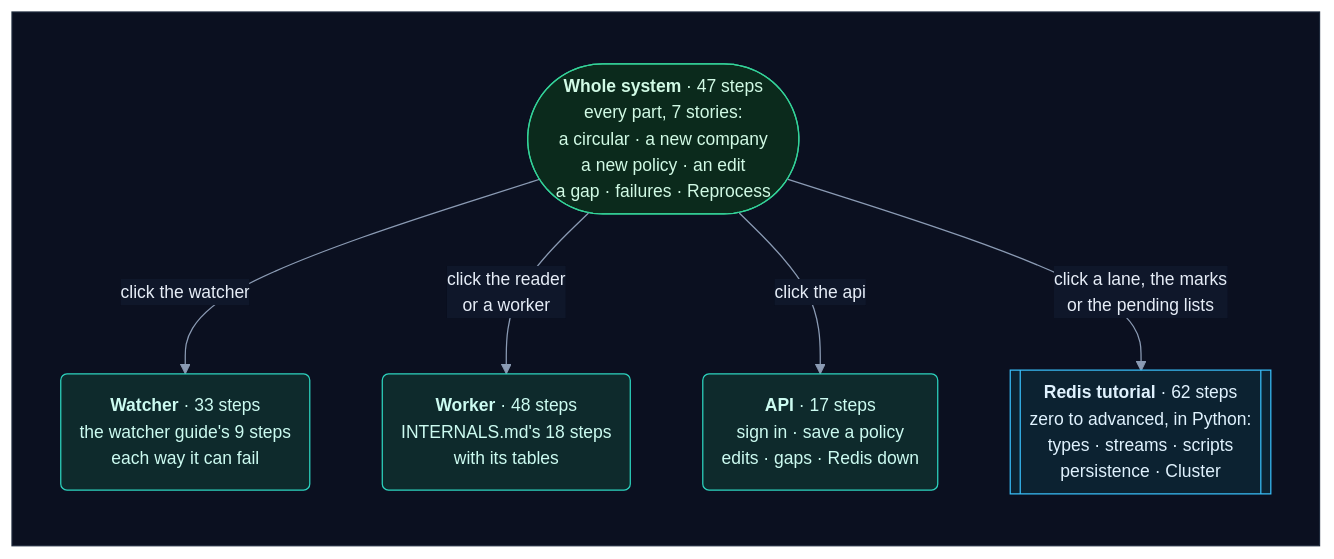
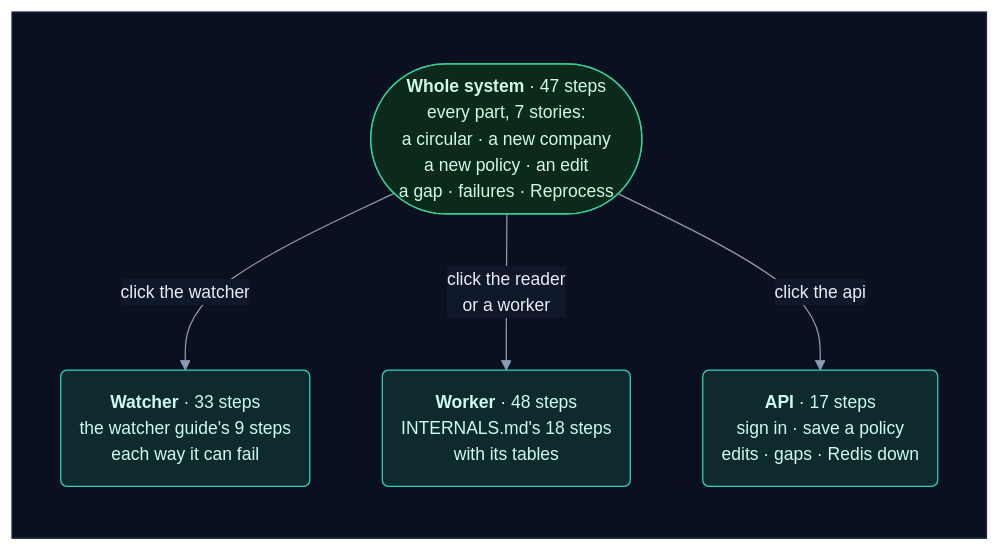
Before and after one commit to selvakumarperumal/Regulatory_Circular_Impact_Agent: diagram 47 of 57 in how_it_works.md, drawn with Mermaid. The commit also changed other lines of this file and 10 other files, not shown here.

````diff
--- a/how_it_works.md
+++ b/how_it_works.md
@@ -2409,19 +2409,17 @@
 ```mermaid
 %%{init: {"theme": "base", "flowchart": {"diagramPadding": 0, "nodeSpacing": 58, "rankSpacing": 58, "curve": "basis"}, "themeVariables": {"fontSize": "14px", "darkMode": true, "primaryColor": "#16213a", "primaryTextColor": "#e6edf7", "primaryBorderColor": "#475a7a", "lineColor": "#8b9bb4", "secondaryColor": "#1b2436", "tertiaryColor": "#101a2e", "edgeLabelBackground": "#0f172a", "textColor": "#e2e8f0", "clusterBkg": "#0f1728", "clusterBorder": "#2b3a55", "titleColor": "#c4b5fd", "nodeTextColor": "#e6edf7"}}}%%
 flowchart TD
     subgraph canvas[" "]
         direction TB
         sys(["<b>Whole system</b> · 47 steps<br/>every part, 7 stories:<br/>a circular · a new company<br/>a new policy · an edit<br/>a gap · failures · Reprocess"])
         sys -->|"click the watcher"| wa("<b>Watcher</b> · 33 steps<br/>the watcher guide's 9 steps<br/>each way it can fail")
         sys -->|"click the reader<br/>or a worker"| wo("<b>Worker</b> · 48 steps<br/>INTERNALS.md's 18 steps<br/>with its tables")
         sys -->|"click the api"| ap("<b>API</b> · 17 steps<br/>sign in · save a policy<br/>edits · gaps · Redis down")
-        sys -->|"click a lane, the marks<br/>or the pending lists"| rd[["<b>Redis tutorial</b> · 62 steps<br/>zero to advanced, in Python:<br/>types · streams · scripts<br/>persistence · Cluster"]]
     end
     classDef svc fill:#0e2a2c,stroke:#2dd4bf,color:#ccfbf1
     classDef ok fill:#0b2a1c,stroke:#34d399,color:#d1fae5
     class sys ok
     classDef queue fill:#0c2231,stroke:#38bdf8,color:#e0f2fe
     class wa,wo,ap svc
-    class rd queue
     style canvas fill:#0b1020,stroke:#1e293b,color:#0b1020
 ```
````
